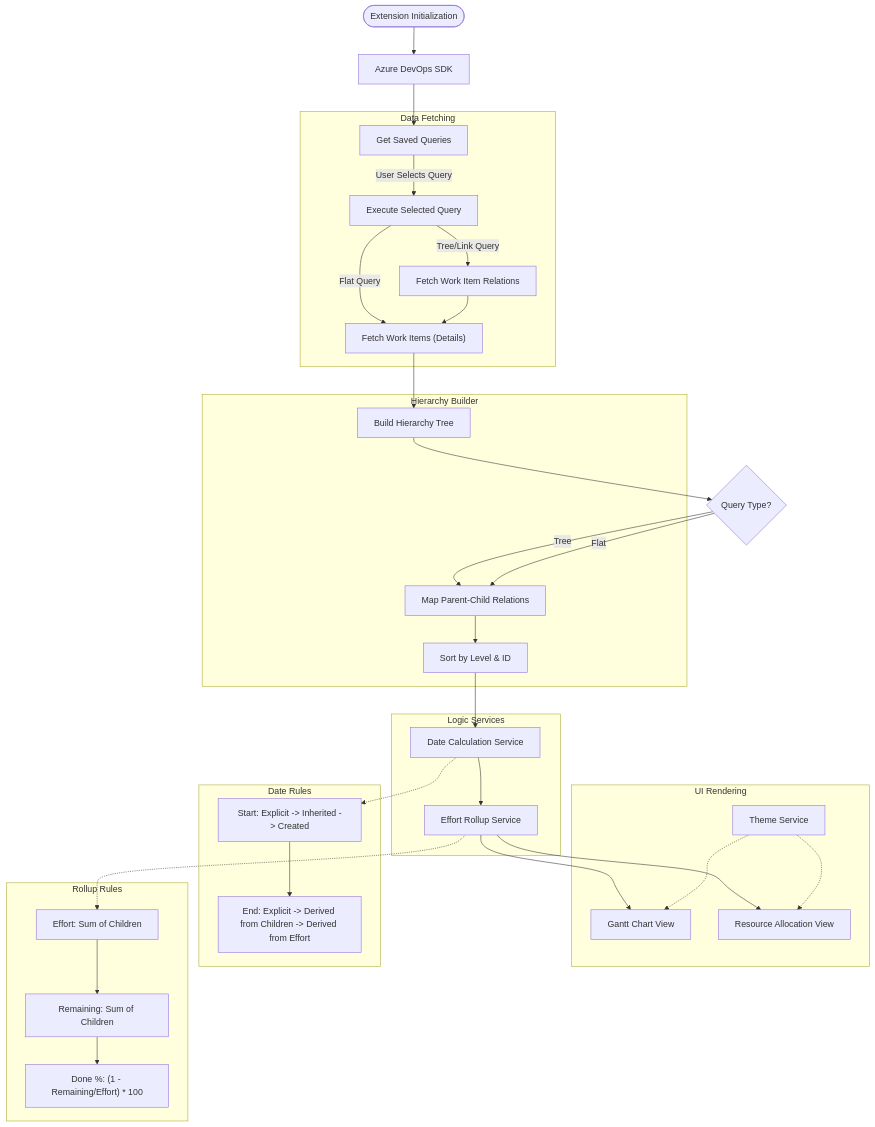
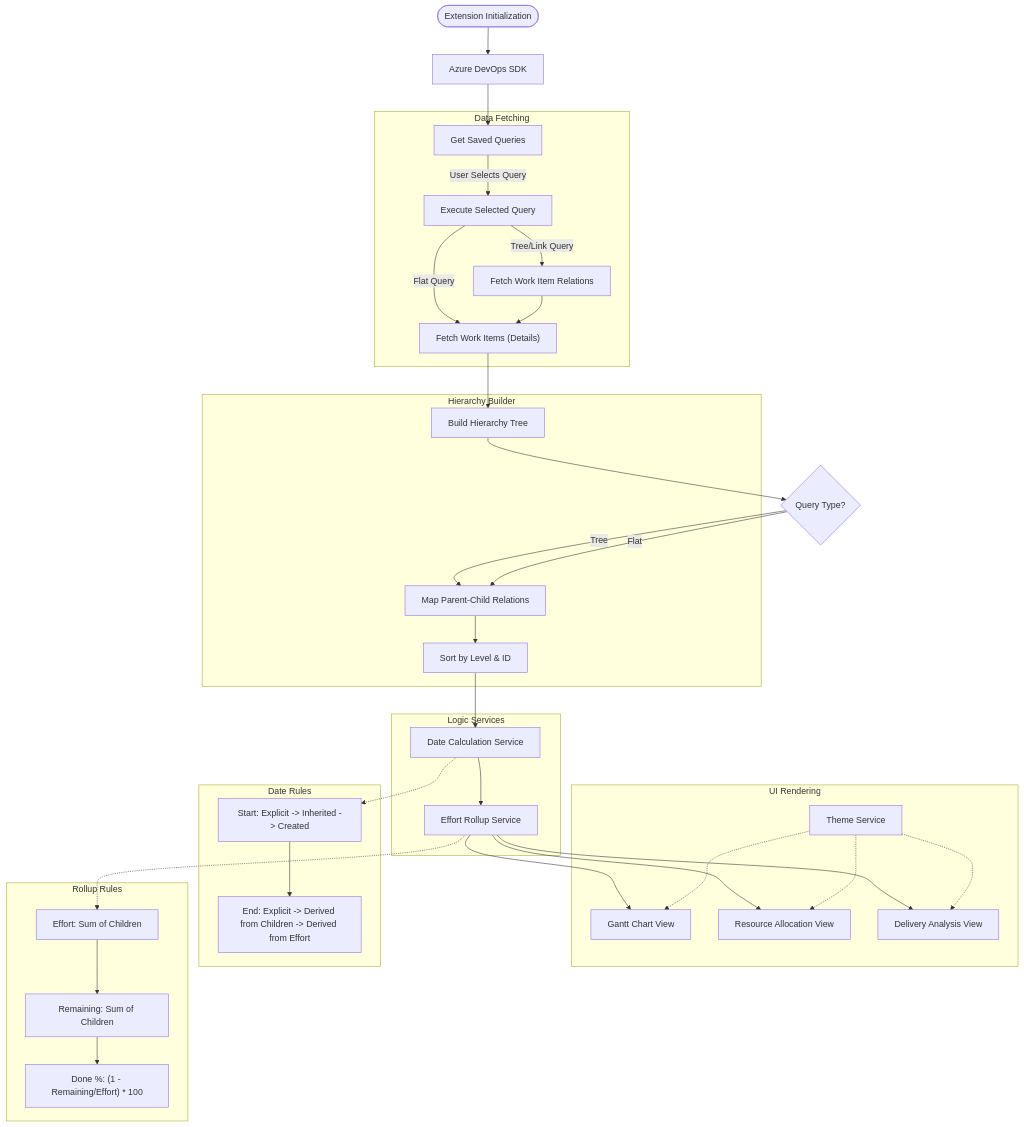
Before and after one commit to sahilt20/azure-devops-query-gantt-hub: the diagram in overview.md, drawn with Mermaid. The commit also changed other lines of this file and 11 other files, not shown here.

Commit message:
Fix start-date fallback rendering, add delivery analysis tab, and polish UI

````diff
--- a/overview.md
+++ b/overview.md
@@ -104,76 +119,79 @@
 ```mermaid
 graph TD
     %% Nodes
     Init(["Extension Initialization"])
     SDK["Azure DevOps SDK"]
     Query{"Query Type?"}
     
     subgraph Data Fetching
         GetQueries["Get Saved Queries"]
         ExecQuery["Execute Selected Query"]
         FetchWI["Fetch Work Items (Details)"]
         FetchRel["Fetch Work Item Relations"]
     end
 
     subgraph Hierarchy Builder
         BuildTree["Build Hierarchy Tree"]
         RelLogic["Map Parent-Child Relations"]
         Sort["Sort by Level & ID"]
     end
 
     subgraph Logic Services
         DateCalc["Date Calculation Service"]
         EffortCalc["Effort Rollup Service"]
     end
     
     subgraph UI Rendering
         GanttView["Gantt Chart View"]
         ResView["Resource Allocation View"]
+        AnalysisView["Delivery Analysis View"]
         Theme["Theme Service"]
     end
 
     %% Flow
     Init --> SDK
     SDK --> GetQueries
     GetQueries -->|User Selects Query| ExecQuery
     
     ExecQuery -->|Flat Query| FetchWI
     ExecQuery -->|Tree/Link Query| FetchRel
     FetchRel --> FetchWI
     
     FetchWI --> BuildTree
     
     BuildTree --> Query
     Query -->|Tree| RelLogic
     Query -->|Flat| RelLogic
     RelLogic --> Sort
     
     Sort --> DateCalc
     DateCalc --> EffortCalc
     
     EffortCalc --> GanttView
     EffortCalc --> ResView
+    EffortCalc --> AnalysisView
     
     %% Detailed Logic - Dates
     subgraph Date Rules
         D1["Start: Explicit -> Inherited -> Created"]
         D2["End: Explicit -> Derived from Children -> Derived from Effort"]
         D1 --> D2
     end
     
     DateCalc -.-> D1
     
     %% Detailed Logic - Effort
     subgraph Rollup Rules
         R1["Effort: Sum of Children"]
         R2["Remaining: Sum of Children"]
         R3["Done %: (1 - Remaining/Effort) * 100"]
         R1 --> R2 --> R3
     end
     
     EffortCalc -.-> R1
 
     %% Styling
     Theme -.-> GanttView
     Theme -.-> ResView
+    Theme -.-> AnalysisView
 ```
````
